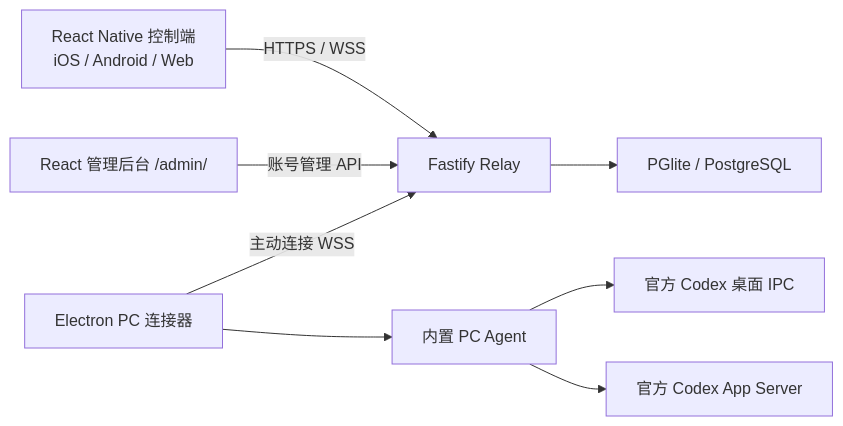
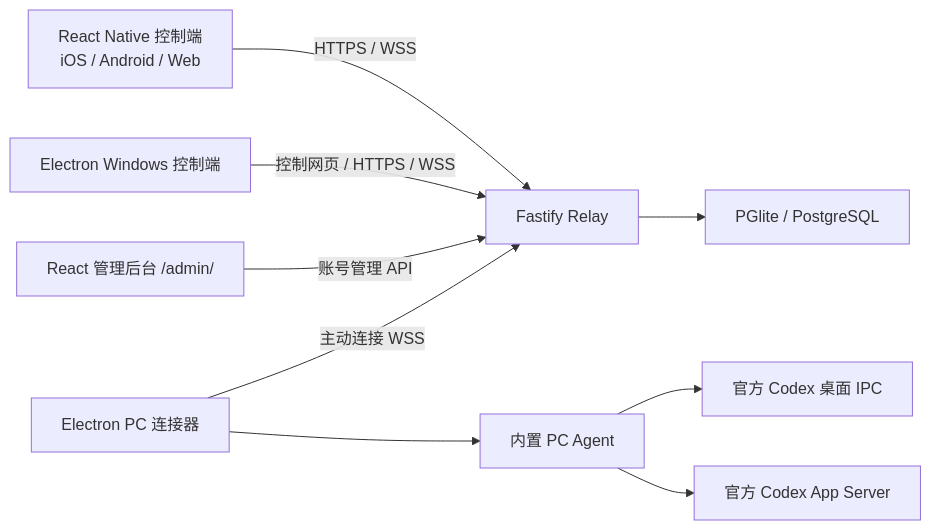
The diagram in docs/architecture.md (bunnya33/codexer), drawn with Mermaid before and after one commit. The commit also changed other lines of this file and 46 other files, not shown here.

````diff
--- a/docs/architecture.md
+++ b/docs/architecture.md
@@ -5,10 +5,11 @@
 ```mermaid
 flowchart LR
   C[React Native 控制端\niOS / Android / Web] -->|HTTPS / WSS| R[Fastify Relay]
+  W[Electron Windows 控制端] -->|控制网页 / HTTPS / WSS| R
   A[React 管理后台 /admin/] -->|账号管理 API| R
   P[Electron PC 连接器] -->|主动连接 WSS| R
   P --> G[内置 PC Agent]
   G --> D[官方 Codex 桌面 IPC]
   G --> H[官方 Codex App Server]
   R --> DB[PGlite / PostgreSQL]
 ```
````
